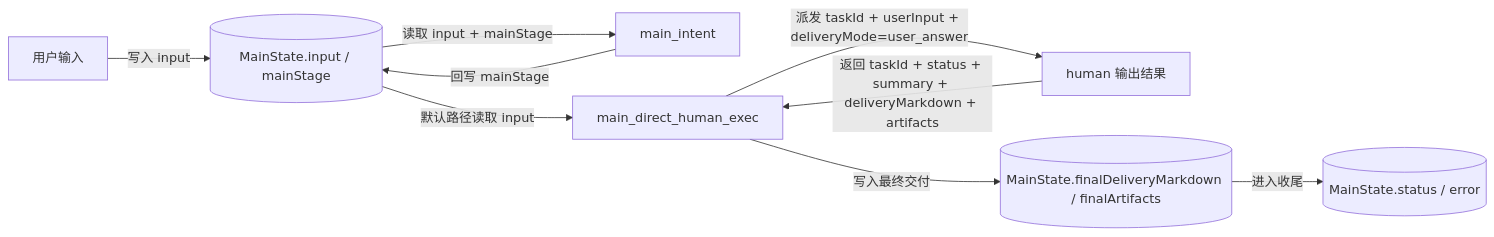
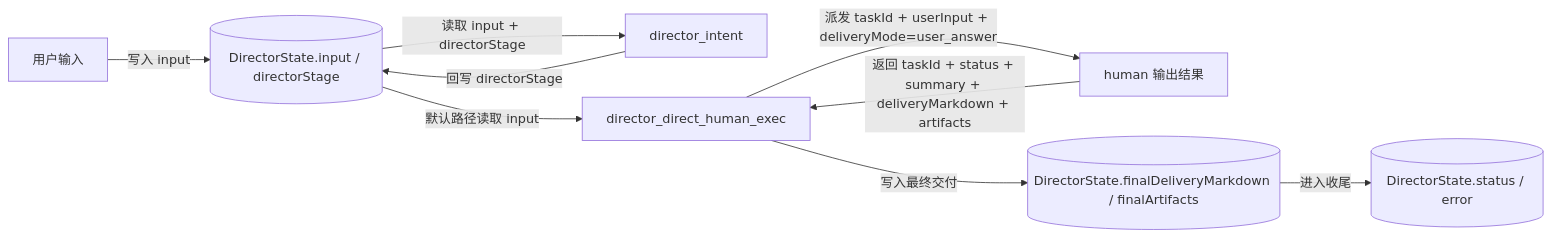
Before and after one commit to Yoan98/Ncurator: the first of 7 diagrams in doc/ai-design/data-definition-and-flow.md, drawn with Mermaid. The commit also changed other lines of this file and 27 other files, not shown here.

Commit message:
Rename AI orchestrator from main to director

````diff
--- a/doc/ai-design/data-definition-and-flow.md
+++ b/doc/ai-design/data-definition-and-flow.md
@@ -394,19 +394,19 @@
 ```mermaid
 flowchart LR
     U["用户输入"]
-    S1[("MainState.input / mainStage")]
-    MI["main_intent"]
-    MD["main_direct_human_exec"]
+    S1[("DirectorState.input / directorStage")]
+    MI["director_intent"]
+    MD["director_direct_human_exec"]
     H["human 输出结果"]
-    S2[("MainState.finalDeliveryMarkdown / finalArtifacts")]
-    S3[("MainState.status / error")]
+    S2[("DirectorState.finalDeliveryMarkdown / finalArtifacts")]
+    S3[("DirectorState.status / error")]
 
     U -->|写入 input| S1
-    S1 -->|读取 input + mainStage| MI
-    MI -->|回写 mainStage| S1
+    S1 -->|读取 input + directorStage| MI
+    MI -->|回写 directorStage| S1
     S1 -->|默认路径读取 input| MD
     MD -->|派发 taskId + userInput + deliveryMode=user_answer| H
     H -->|返回 taskId + status + summary + deliveryMarkdown + artifacts| MD
     MD -->|写入最终交付| S2
     S2 -->|进入收尾| S3
 ```
````
